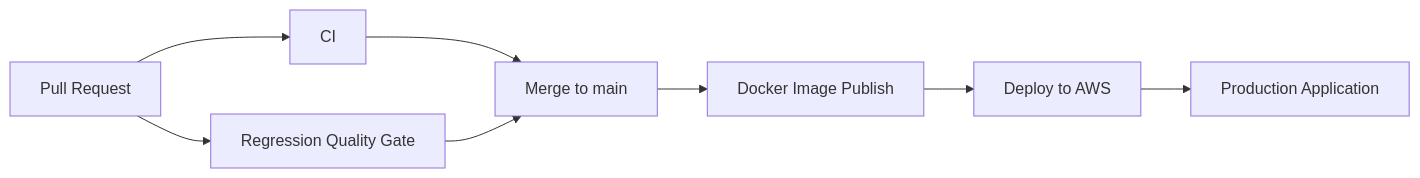
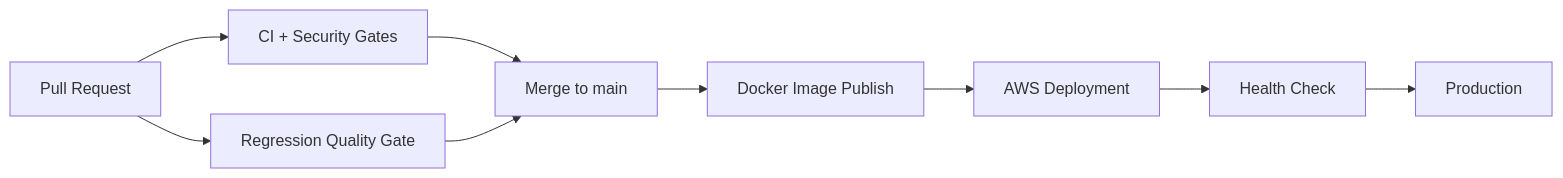
Before and after one commit to RobertStec/RobBotGPT: the fourth of 4 diagrams in README.md, drawn with Mermaid. The commit also changed other lines of this file, not shown here.

````diff
--- a/README.md
+++ b/README.md
@@ -400,18 +661,22 @@
 ```mermaid
 flowchart LR
     PR[Pull Request]
-    CI[CI]
+    CI[CI + Security Gates]
     REG[Regression Quality Gate]
     MAIN[Merge to main]
     IMG[Docker Image Publish]
-    AWS[Deploy to AWS]
-    PROD[Production Application]
+    AWS[AWS Deployment]
+    HEALTH[Health Check]
+    PROD[Production]
 
     PR --> CI
     PR --> REG
+
     CI --> MAIN
     REG --> MAIN
+
     MAIN --> IMG
     IMG --> AWS
-    AWS --> PROD
+    AWS --> HEALTH
+    HEALTH --> PROD
 ```
````
